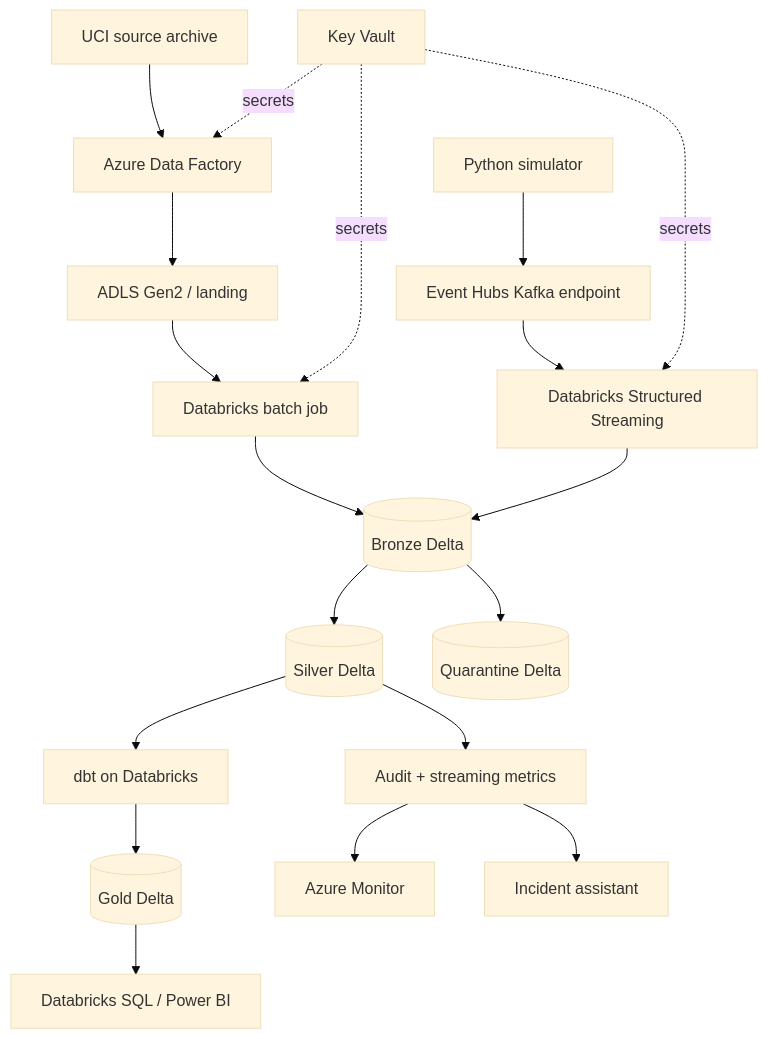
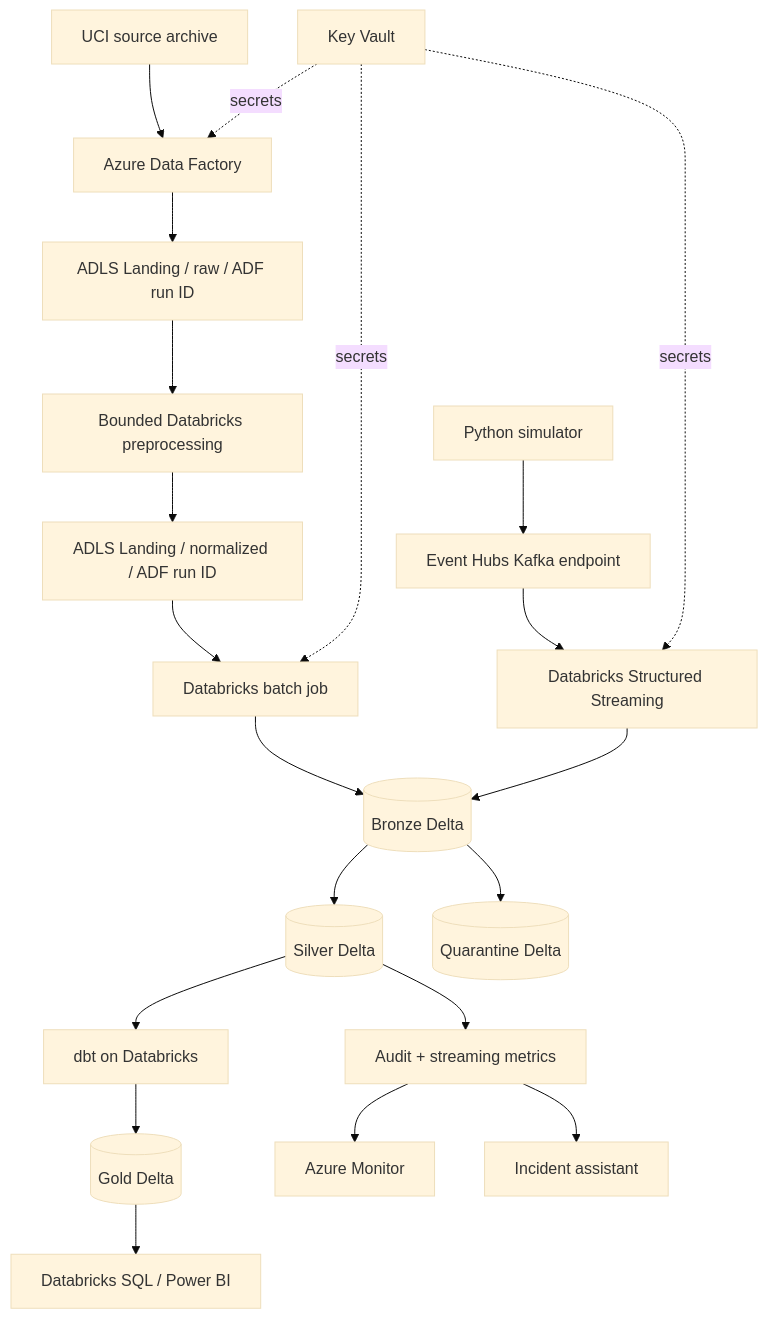
The third of 4 diagrams in docs/architecture.md (PK-999/retailpulse), drawn with Mermaid (base theme) before and after one commit. The commit also changed other lines of this file and 51 other files, not shown here.

````diff
--- a/docs/architecture.md
+++ b/docs/architecture.md
@@ -78,22 +78,24 @@
 ```mermaid
 flowchart TB
     UCI[UCI source archive] --> ADF[Azure Data Factory]
-    ADF --> ADLSL[ADLS Gen2 / landing]
+    ADF --> RAW[ADLS Landing / raw / ADF run ID]
+    RAW --> PRE[Bounded Databricks preprocessing]
+    PRE --> ADLSL[ADLS Landing / normalized / ADF run ID]
     GEN[Python simulator] --> EH[Event Hubs Kafka endpoint]
 
     ADLSL --> DBB[Databricks batch job]
     EH --> DBS[Databricks Structured Streaming]
     DBB --> BR[(Bronze Delta)]
     DBS --> BR
     BR --> SI[(Silver Delta)]
     BR --> QA[(Quarantine Delta)]
     SI --> DBT[dbt on Databricks]
     DBT --> GO[(Gold Delta)]
     GO --> SQL[Databricks SQL / Power BI]
     SI --> MON[Audit + streaming metrics]
     MON --> AZMON[Azure Monitor]
     MON --> ASSIST[Incident assistant]
     KV[Key Vault] -. secrets .-> ADF
     KV -. secrets .-> DBB
     KV -. secrets .-> DBS
 ```
````
